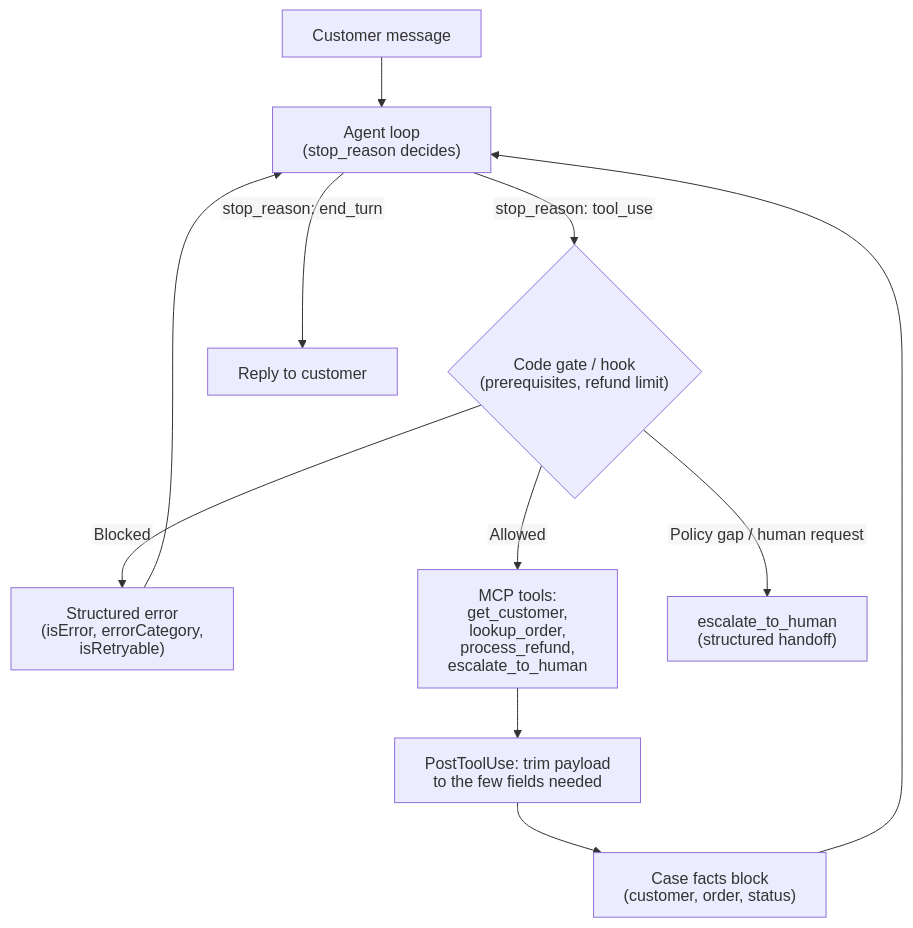
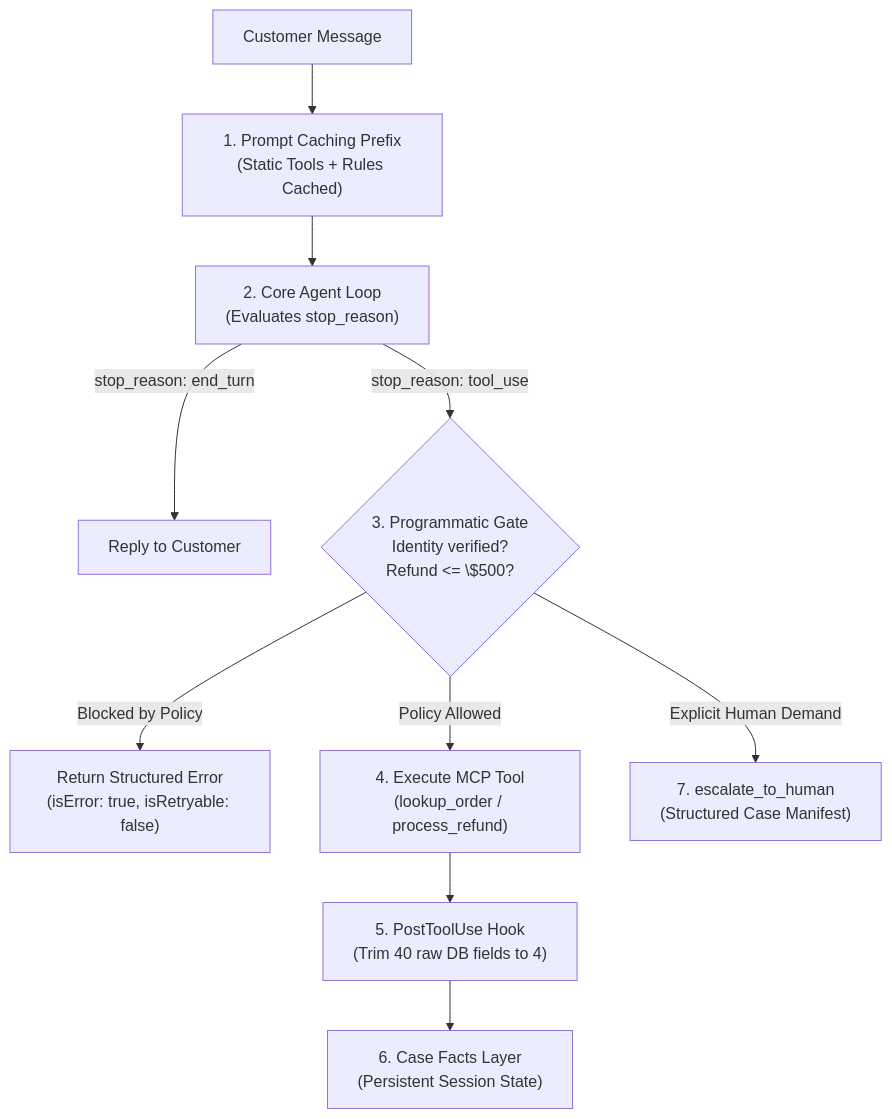
The first of 2 diagrams in scenarios/scenario_1_customer_support/SCENARIO_GUIDE.md (dip4k/claude_cert_architect_foundation_prep), drawn with Mermaid before and after one commit. The commit also changed other lines of this file and 99 other files, not shown here.

````diff
--- a/scenarios/scenario_1_customer_support/SCENARIO_GUIDE.md
+++ b/scenarios/scenario_1_customer_support/SCENARIO_GUIDE.md
@@ -18,17 +20,15 @@
 ```mermaid
----
-config:
-  htmlLabels: false
----
 flowchart TD
-    User["Customer message"] --> Loop["Agent loop<br>(stop_reason decides)"]
-    Loop -->|"stop_reason: tool_use"| Hook{"Code gate / hook<br>(prerequisites, refund limit)"}
-    Hook -->|"Blocked"| Err["Structured error<br>(isError, errorCategory, isRetryable)"]
-    Hook -->|"Allowed"| Tools["MCP tools:<br>get_customer, lookup_order,<br>process_refund, escalate_to_human"]
-    Tools --> Trim["PostToolUse: trim payload<br>to the few fields needed"]
-    Trim --> Facts["Case facts block<br>(customer, order, status)"]
-    Err --> Loop
-    Facts --> Loop
-    Loop -->|"stop_reason: end_turn"| Reply["Reply to customer"]
-    Hook -->|"Policy gap / human request"| Human["escalate_to_human<br>(structured handoff)"]
+    User["Customer Message"] --> Cache["1. Prompt Caching Prefix<br>(Static Tools + Rules Cached)"]
+    Cache --> Loop["2. Core Agent Loop<br>(Evaluates stop_reason)"]
+
+    Loop -->|"stop_reason: end_turn"| Reply["Reply to Customer"]
+    Loop -->|"stop_reason: tool_use"| Gate{"3. Programmatic Gate<br>Identity verified?<br>Refund <= \$500?"}
+
+    Gate -->|"Blocked by Policy"| Err["Return Structured Error<br>(isError: true, isRetryable: false)"]
+    Gate -->|"Policy Allowed"| Exec["4. Execute MCP Tool<br>(lookup_order / process_refund)"]
+    Gate -->|"Explicit Human Demand"| Escalate["7. escalate_to_human<br>(Structured Case Manifest)"]
+
+    Exec --> Trim["5. PostToolUse Hook<br>(Trim 40 raw DB fields to 4)"]
+    Trim --> Facts["6. Case Facts Layer<br>(Persistent Session State)"]
 ```
````
